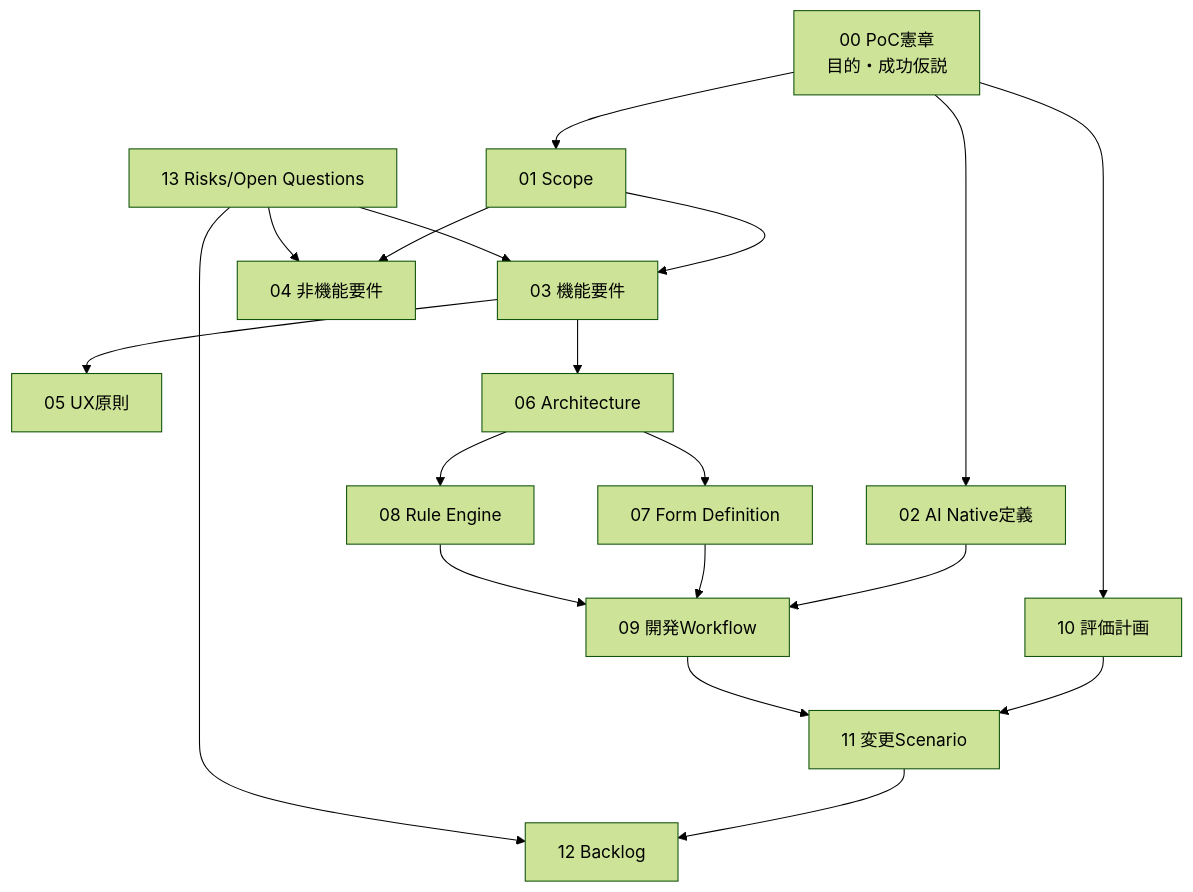
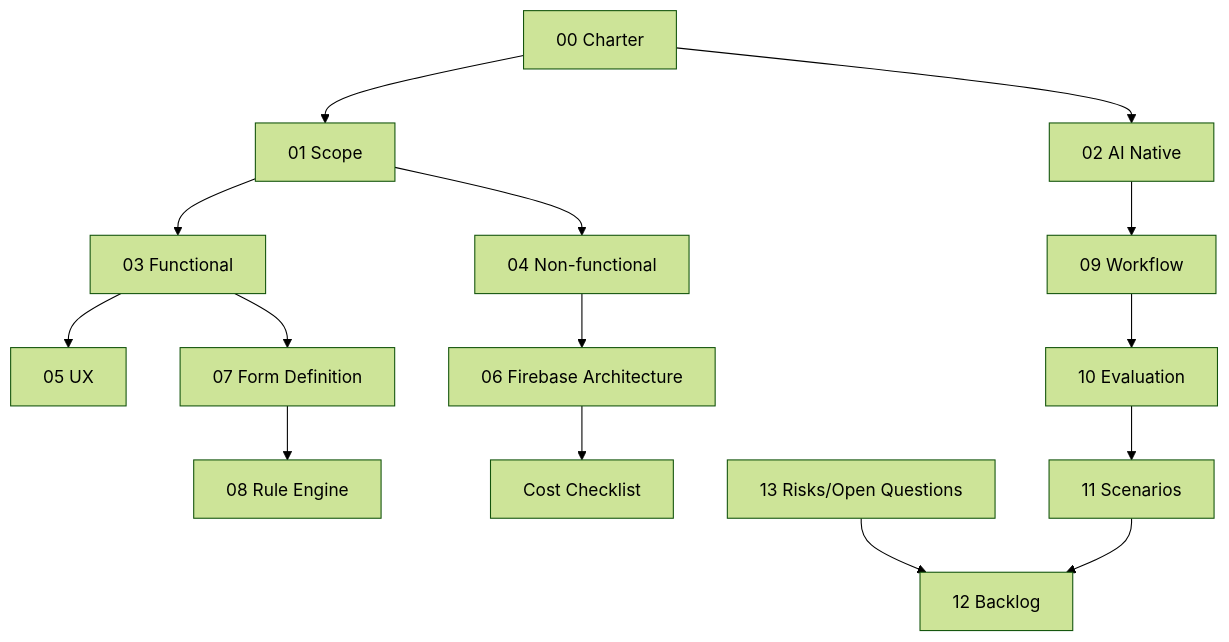
The diagram in docs/README.md (tatsumasanakamura-max/Platform), drawn with Mermaid (forest theme) before and after one commit. The commit also changed other lines of this file and 16 other files, not shown here.

````diff
--- a/docs/README.md
+++ b/docs/README.md
@@ -11,21 +20,17 @@
 ```mermaid
 flowchart TD
-  CH[00 PoC憲章<br/>目的・成功仮説] --> SC[01 Scope]
-  CH --> AI[02 AI Native定義]
-  CH --> EV[10 評価計画]
-  SC --> FR[03 機能要件]
-  SC --> NFR[04 非機能要件]
-  FR --> UX[05 UX原則]
-  FR --> ARC[06 Architecture]
-  ARC --> FD[07 Form Definition]
-  ARC --> RE[08 Rule Engine]
-  AI --> WF[09 開発Workflow]
-  FD --> WF
-  RE --> WF
-  EV --> CS[11 変更Scenario]
-  WF --> CS
-  CS --> BL[12 Backlog]
-  RQ[13 Risks/Open Questions] --> BL
-  RQ --> FR
-  RQ --> NFR
+  C[00 Charter] --> S[01 Scope]
+  C --> A[02 AI Native]
+  S --> F[03 Functional]
+  S --> N[04 Non-functional]
+  F --> U[05 UX]
+  F --> R[07 Form Definition]
+  R --> E[08 Rule Engine]
+  N --> H[06 Firebase Architecture]
+  A --> W[09 Workflow]
+  W --> V[10 Evaluation]
+  V --> X[11 Scenarios]
+  X --> B[12 Backlog]
+  Q[13 Risks/Open Questions] --> B
+  H --> K[Cost Checklist]
 ```
````
